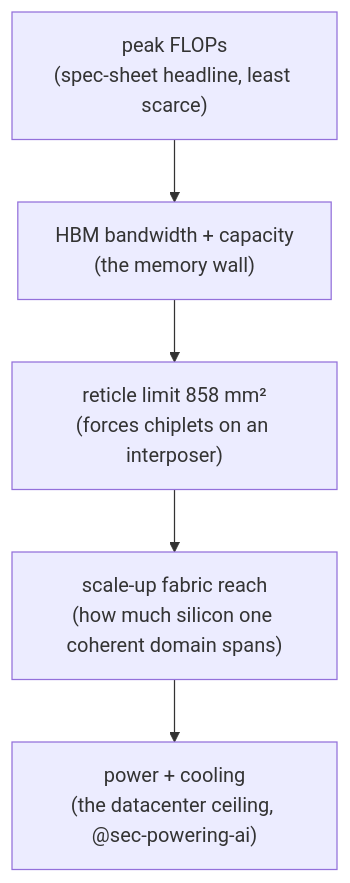
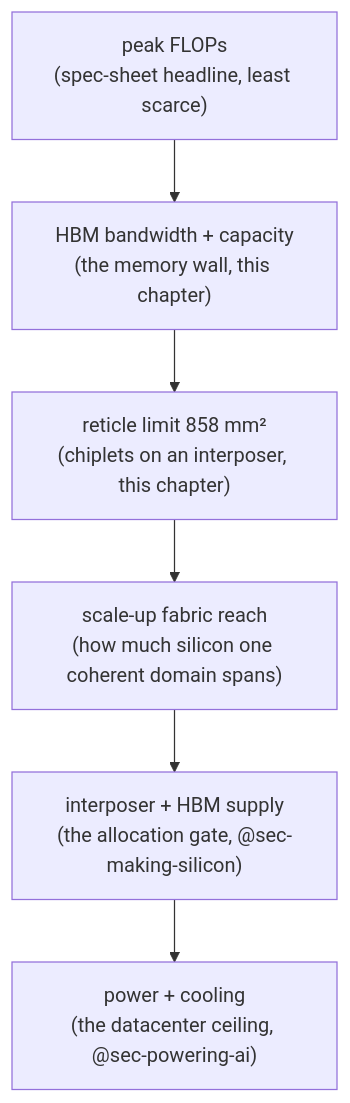
One commit to latere-ai/ai-as-an-infrastructure changed the first of 4 diagrams in en/p11-frontiers/45-the-compute-frontier.qmd. Above: the diagram before and after it, drawn with Mermaid. The commit also changed other lines of this file and 3 other files, not shown here.

Commit message:
content: deepen Part XI ch.45 and add ch.46 silicon supply, ch.47 power (en)

````diff
--- a/en/p11-frontiers/45-the-compute-frontier.qmd
+++ b/en/p11-frontiers/45-the-compute-frontier.qmd
@@ -41,11 +52,12 @@
 ```{mermaid}
 %%| label: fig-compute-frontier-walls
-%%| fig-cap: "The frontier as a stack of ceilings, each binding at a different tier. The spec sheet's FLOPs sits at the bottom and is the least scarce; bytes, package area, fabric reach, and megawatts bind above it."
+%%| fig-cap: "The frontier as a stack of ceilings, each binding at a different tier. The spec sheet's FLOPs sits at the bottom and is the least scarce; bytes, package area, fabric reach, and megawatts bind above it. Each later chapter of this part owns one of these ceilings."
 flowchart TB
   flops["peak FLOPs<br/>(spec-sheet headline, least scarce)"]
-  hbm["HBM bandwidth + capacity<br/>(the memory wall)"]
-  retic["reticle limit 858 mm²<br/>(forces chiplets on an interposer)"]
+  hbm["HBM bandwidth + capacity<br/>(the memory wall, this chapter)"]
+  retic["reticle limit 858 mm²<br/>(chiplets on an interposer, this chapter)"]
   fabric["scale-up fabric reach<br/>(how much silicon one coherent domain spans)"]
+  supply["interposer + HBM supply<br/>(the allocation gate, @sec-making-silicon)"]
   power["power + cooling<br/>(the datacenter ceiling, @sec-powering-ai)"]
-  flops --> hbm --> retic --> fabric --> power
+  flops --> hbm --> retic --> fabric --> supply --> power
 ```
````
